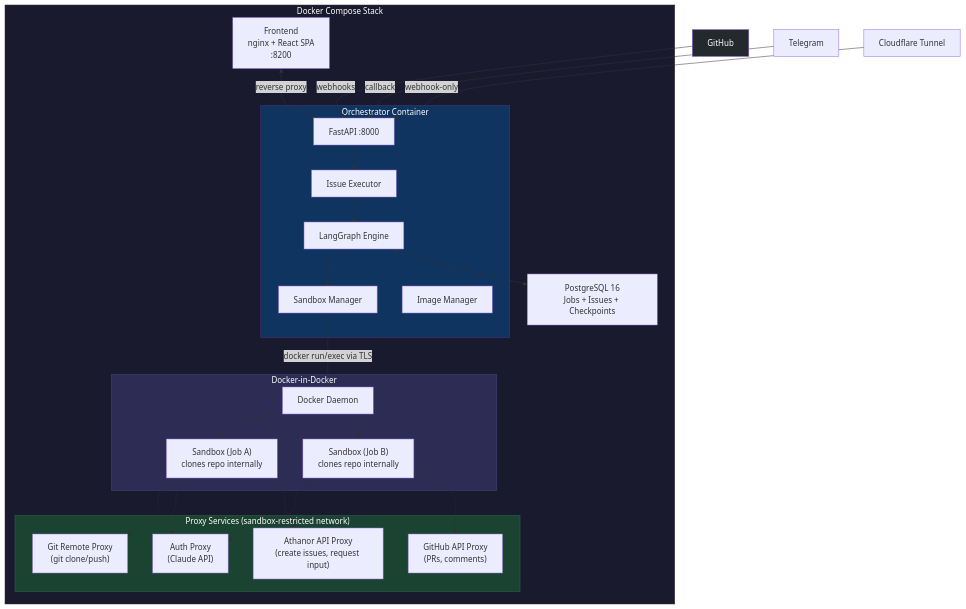
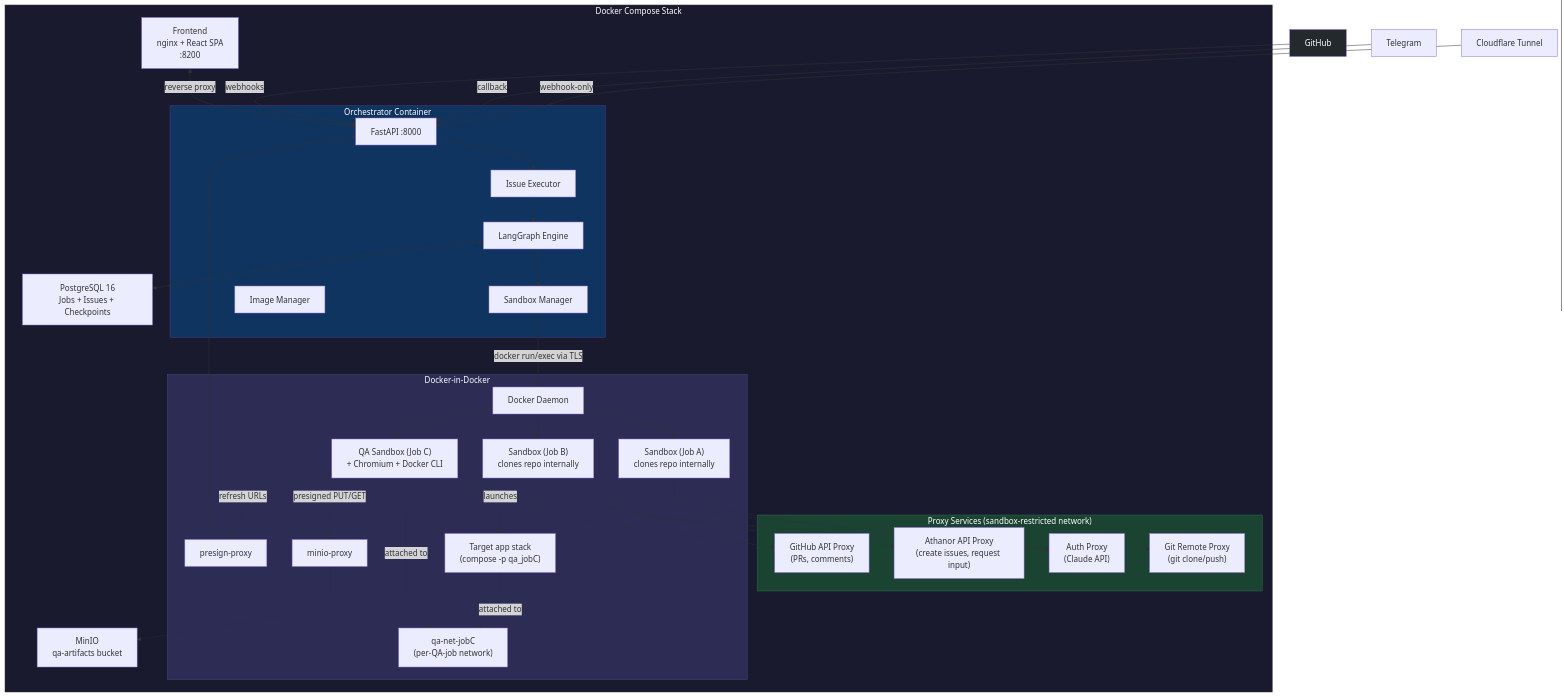
One commit to sudoTomas/embry0 changed the second of 11 diagrams in docs/architecture.md. Above: the diagram before and after it, drawn with Mermaid. The commit also changed other lines of this file and 1 other file, not shown here.

````diff
--- a/docs/architecture.md
+++ b/docs/architecture.md
@@ -41,53 +41,68 @@
 ```mermaid
 graph TB
     subgraph Stack["Docker Compose Stack"]
         FE["Frontend<br/>nginx + React SPA<br/>:8200"]
 
         subgraph Orchestrator["Orchestrator Container"]
             API["FastAPI :8000"]
             LG["LangGraph Engine"]
             EX["Issue Executor"]
             SM["Sandbox Manager"]
             IM["Image Manager"]
         end
 
         subgraph Proxies["Proxy Services (sandbox-restricted network)"]
             AP["Auth Proxy<br/>(Claude API)"]
             GP["Git Remote Proxy<br/>(git clone/push)"]
             GHP["GitHub API Proxy<br/>(PRs, comments)"]
             LP["Athanor API Proxy<br/>(create issues, request input)"]
         end
 
         PG["PostgreSQL 16<br/>Jobs + Issues + Checkpoints"]
 
         subgraph DinD["Docker-in-Docker"]
             DD["Docker Daemon"]
             S1["Sandbox (Job A)<br/>clones repo internally"]
             S2["Sandbox (Job B)<br/>clones repo internally"]
+            SQ["QA Sandbox (Job C)<br/>+ Chromium + Docker CLI"]
+            QAN["qa-net-jobC<br/>(per-QA-job network)"]
+            APP["Target app stack<br/>(compose -p qa_jobC)"]
+            MP["minio-proxy"]
+            PP["presign-proxy"]
         end
+
+        MIN["MinIO<br/>qa-artifacts bucket"]
     end
 
     FE <-->|reverse proxy| API
     API --> EX
     EX --> LG
     LG --> SM
     SM -->|"docker run/exec via TLS"| DD
     DD --> S1
     DD --> S2
+    DD --> SQ
     S1 -.-> AP
     S1 -.-> GP
     S1 -.-> LP
     S2 -.-> AP
     S2 -.-> GHP
+    SQ -.->|launches| APP
+    SQ -.->|attached to| QAN
+    APP -.->|attached to| QAN
+    SQ -.->|presigned PUT/GET| MP
+    SQ -.->|refresh URLs| PP
+    MP -.-> MIN
+    PP --> API
     LG <--> PG
 
     GH["GitHub"] -->|webhooks| API
     TG["Telegram"] -->|callback| API
     CF["Cloudflare Tunnel"] -->|webhook-only| API
 
     style Stack fill:#1a1a2e,stroke:#333,color:#fff
     style Orchestrator fill:#0f3460,stroke:#533483,color:#fff
     style Proxies fill:#1b4332,stroke:#2d6a4f,color:#fff
     style DinD fill:#2c2c54,stroke:#474787,color:#fff
     style GH fill:#24292e,color:#fff
 ```
````
